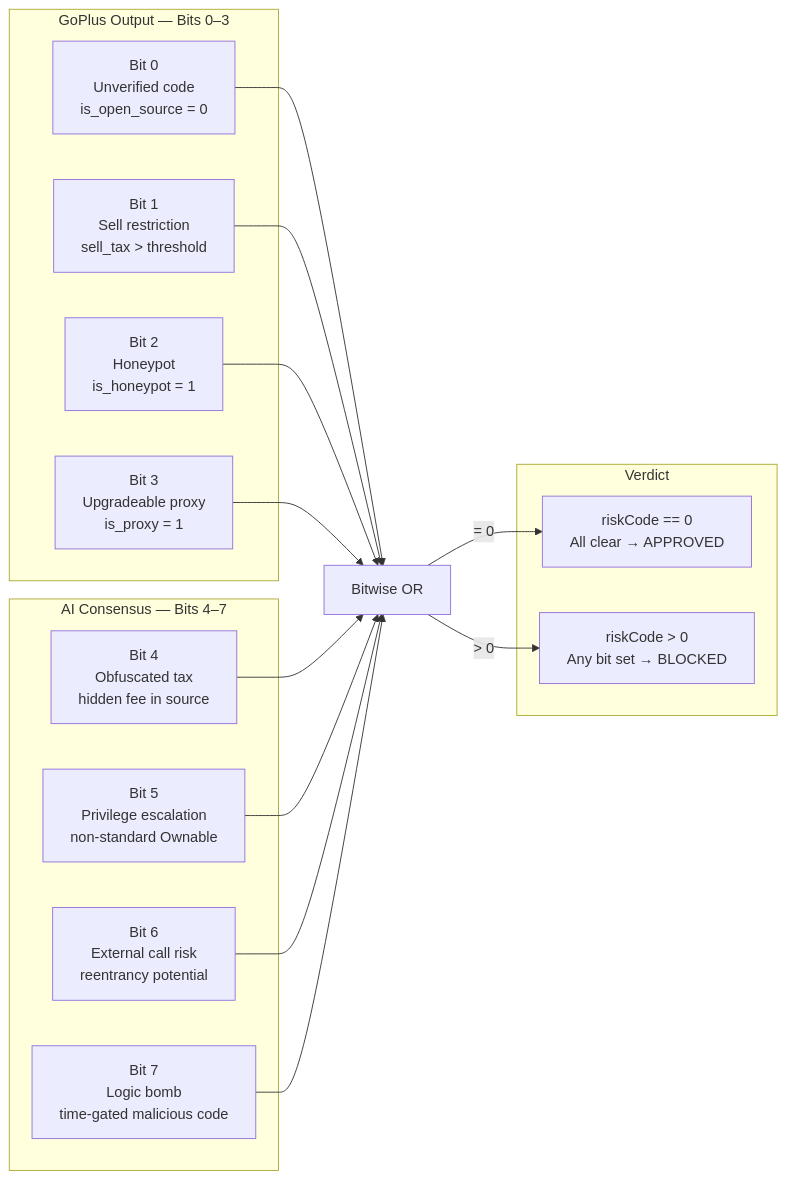
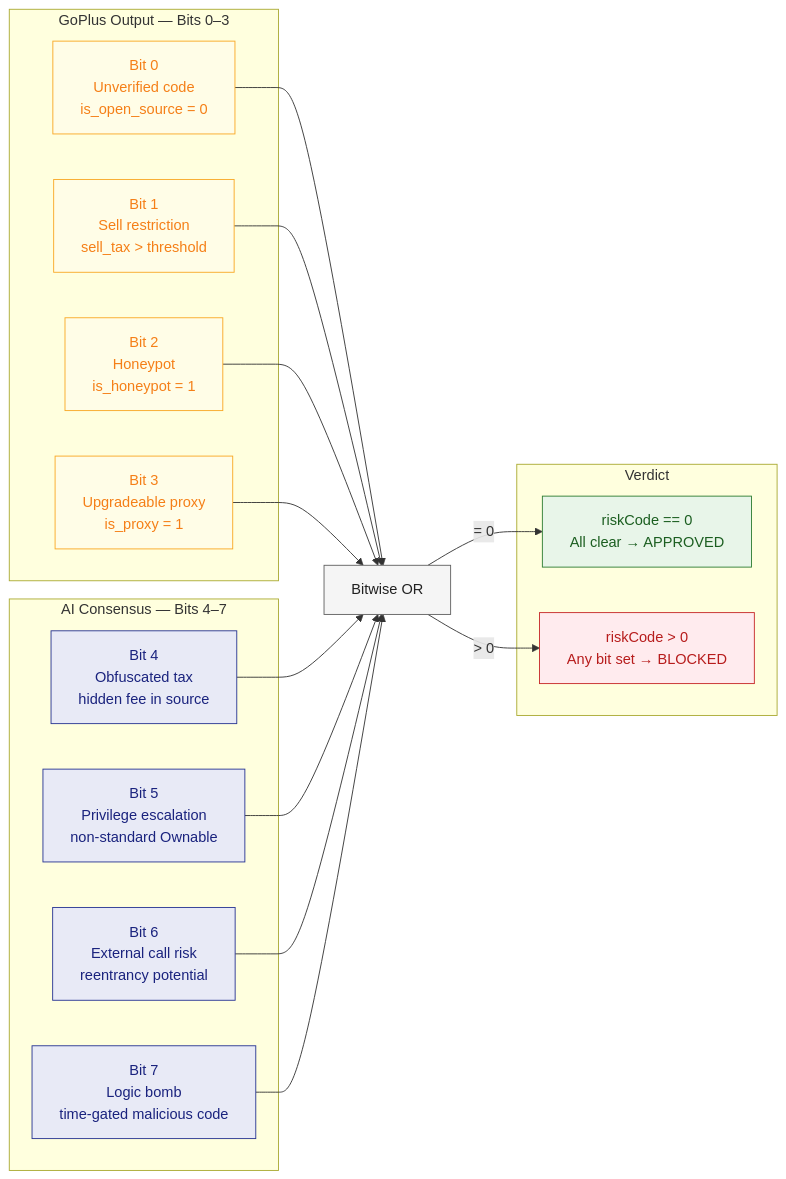
The eighth of 12 diagrams in docs/ARCHITECTURE.md (vjb/aegis-v4), drawn with Mermaid before and after one commit. The commit also changed other lines of this file and 5 other files, not shown here.

Commit message:
docs: full review pass — colored mermaid diagrams, fix test counts, add sample output links

````diff
--- a/docs/ARCHITECTURE.md
+++ b/docs/ARCHITECTURE.md
@@ -215,25 +264,37 @@
 ```mermaid
 graph LR
     subgraph GoPlus["GoPlus Output — Bits 0–3"]
         B0["Bit 0\nUnverified code\nis_open_source = 0"]
         B1["Bit 1\nSell restriction\nsell_tax > threshold"]
         B2["Bit 2\nHoneypot\nis_honeypot = 1"]
         B3["Bit 3\nUpgradeable proxy\nis_proxy = 1"]
     end
 
     subgraph AI["AI Consensus — Bits 4–7"]
         B4["Bit 4\nObfuscated tax\nhidden fee in source"]
         B5["Bit 5\nPrivilege escalation\nnon-standard Ownable"]
         B6["Bit 6\nExternal call risk\nreentrancy potential"]
         B7["Bit 7\nLogic bomb\ntime-gated malicious code"]
     end
 
     subgraph Verdict
         V0["riskCode == 0\nAll clear → APPROVED"]
         V1["riskCode > 0\nAny bit set → BLOCKED"]
     end
 
     B0 & B1 & B2 & B3 & B4 & B5 & B6 & B7 --> OR["Bitwise OR"]
     OR -->|"= 0"| V0
     OR -->|"> 0"| V1
+
+    style B0 fill:#fffde7,stroke:#f9a825,color:#f57f17
+    style B1 fill:#fffde7,stroke:#f9a825,color:#f57f17
+    style B2 fill:#fffde7,stroke:#f9a825,color:#f57f17
+    style B3 fill:#fffde7,stroke:#f9a825,color:#f57f17
+    style B4 fill:#e8eaf6,stroke:#283593,color:#1a237e
+    style B5 fill:#e8eaf6,stroke:#283593,color:#1a237e
+    style B6 fill:#e8eaf6,stroke:#283593,color:#1a237e
+    style B7 fill:#e8eaf6,stroke:#283593,color:#1a237e
+    style OR fill:#f5f5f5,stroke:#616161,color:#212121
+    style V0 fill:#e8f5e9,stroke:#2e7d32,color:#1b5e20
+    style V1 fill:#ffebee,stroke:#c62828,color:#b71c1c
 ```
````
